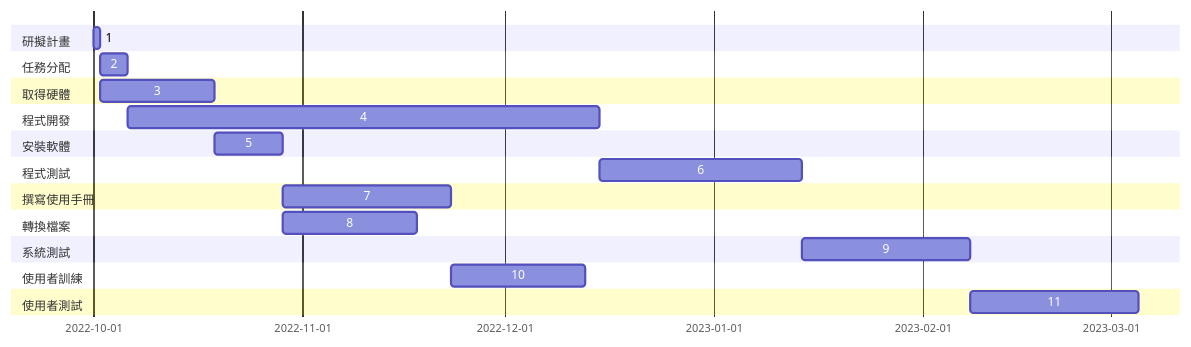
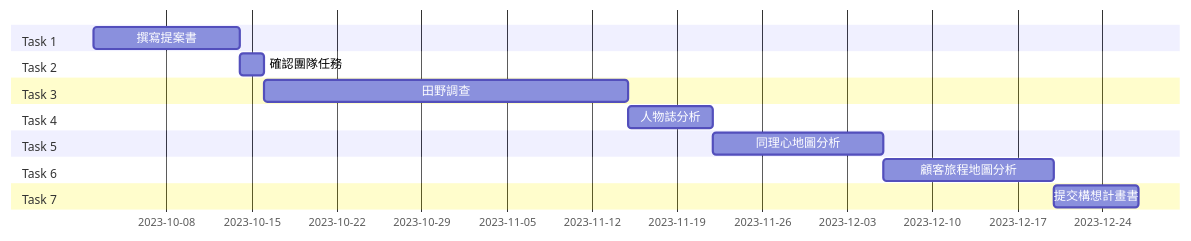
One commit to cindy910526/c109118282 changed the diagram in hw2.md. Above: the diagram before and after it, drawn with Mermaid.

````diff
--- a/hw2.md
+++ b/hw2.md
@@ -6,25 +6,18 @@
 ```mermaid
 gantt
-    section 研擬計畫
-    1:a1, 2022-10-01, 1d
-    section 任務分配
-    2:a2,after a1  , 4d
-    section 取得硬體
-    3:a3,after a1  , 17d
-    section 程式開發
-    4:a4,after a2  , 70d 
-    section 安裝軟體
-    5:a5,after a3  , 10d
-    section 程式測試
-    6:a6,after a4  , 30d
-    section 撰寫使用手冊
-    7:a7,after a5  , 25d
-    section 轉換檔案
-    8:a8,after a5  , 20d
-    section 系統測試
-    9:a9,after a6  , 25d
-    section 使用者訓練
-    10:a10,after a7, 20d
-    section 使用者測試
-    11:a11,after a9, 25d
+    section Task 1
+    撰寫提案書:a1, 2023-10-02, 12d
+    section Task 2
+    確認團隊任務:a2,after a1  , 2d
+    section Task 3
+    田野調查:a3,after a2  , 30d
+    section Task 4
+    人物誌分析:a4,after a3  , 7d 
+    section Task 5
+    同理心地圖分析:a5,after a4  , 14d
+    section Task 6
+    顧客旅程地圖分析:a6,after a5  , 14d
+    section Task 7
+    提交構想計畫書:a7,after a6  , 7d
+    
 ```
````
